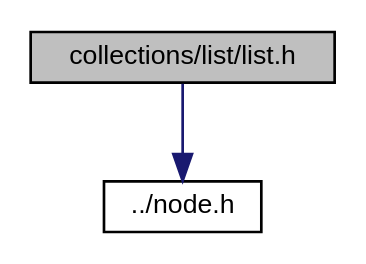
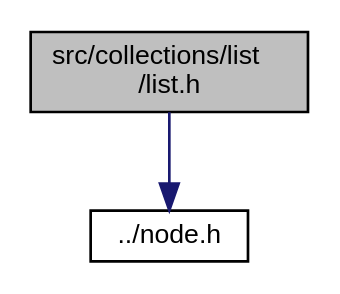
One commit to N1ghtF1re/C-Collections changed the diagram in docs/docspages/list_8h__incl.dot. Above: the diagram before and after it, drawn with Graphviz. The commit also changed 174 other files, not shown here.

```diff
--- a/docs/docspages/list_8h__incl.dot
+++ b/docs/docspages/list_8h__incl.dot
@@ -1,8 +1,8 @@
-digraph "collections/list/list.h"
+digraph "src/collections/list/list.h"
 {
   edge [fontname="Helvetica",fontsize="10",labelfontname="Helvetica",labelfontsize="10"];
   node [fontname="Helvetica",fontsize="10",shape=record];
-  Node0 [label="collections/list/list.h",height=0.2,width=0.4,color="black", fillcolor="grey75", style="filled", fontcolor="black"];
+  Node0 [label="src/collections/list\l/list.h",height=0.2,width=0.4,color="black", fillcolor="grey75", style="filled", fontcolor="black"];
   Node0 -> Node1 [color="midnightblue",fontsize="10",style="solid",fontname="Helvetica"];
   Node1 [label="../node.h",height=0.2,width=0.4,color="black", fillcolor="white", style="filled",URL="$node_8h.html"];
 }
```
